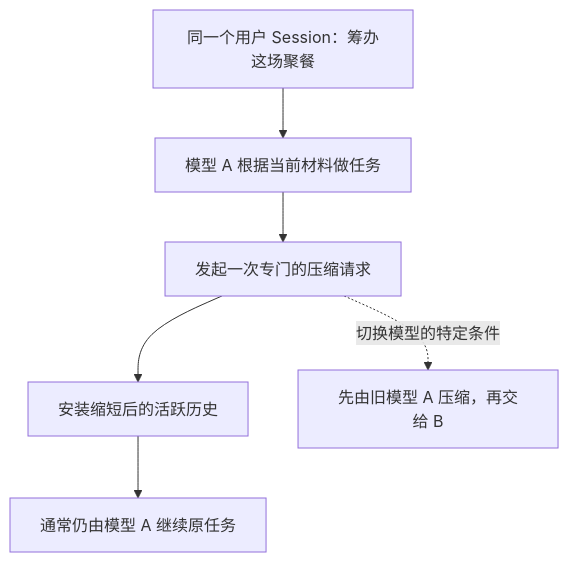
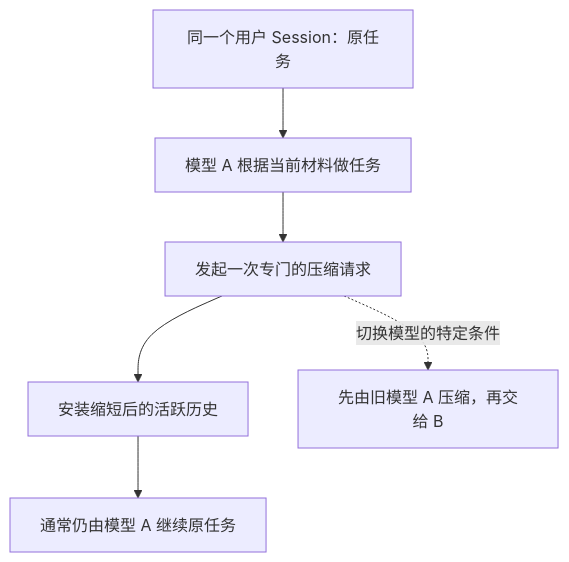
One commit to caiboyang/ML-learning changed the second of 7 diagrams in codex-harness/Codex_Harness_Research.md. Above: the diagram before and after it, drawn with Mermaid. The commit also changed other lines of this file and 2 other files, not shown here.

````diff
--- a/codex-harness/Codex_Harness_Research.md
+++ b/codex-harness/Codex_Harness_Research.md
@@ -186,8 +186,8 @@
 ```mermaid
 flowchart TD
-    A[同一个用户 Session：筹办这场聚餐] --> B[模型 A 根据当前材料做任务]
+    A[同一个用户 Session：原任务] --> B[模型 A 根据当前材料做任务]
     B --> C[发起一次专门的压缩请求]
     C --> D[安装缩短后的活跃历史]
     D --> E[通常仍由模型 A 继续原任务]
     C -.切换模型的特定条件.-> F[先由旧模型 A 压缩，再交给 B]
 ```
````
